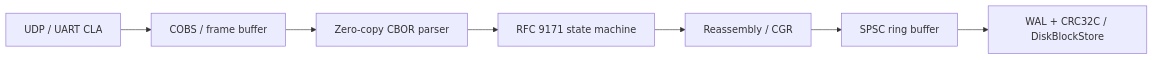
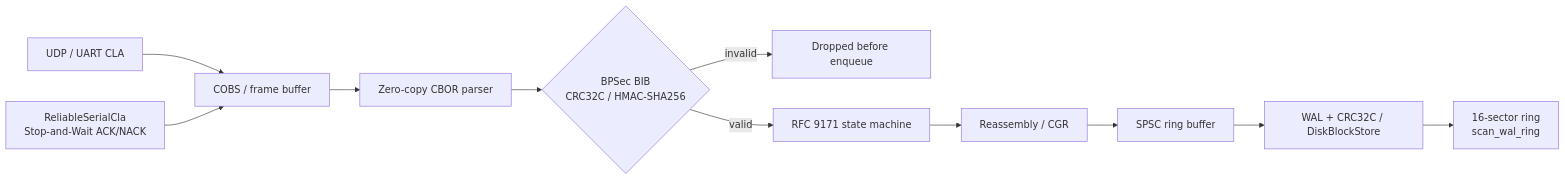
The second of 2 diagrams in README.md (srwangcr/dtn-core), drawn with Mermaid before and after one commit. The commit also changed other lines of this file and 12 other files, not shown here.

First line of the commit message:
feat(bpsec,cla,wal): BIB RFC 9172, ARQ Stop-and-Wait y WAL circular de 16 sectores

````diff
--- a/README.md
+++ b/README.md
@@ -198,9 +220,13 @@
 ```mermaid
 flowchart LR
     UDP[UDP / UART CLA] --> F[COBS / frame buffer]
+    ARQ[ReliableSerialCla<br/>Stop-and-Wait ACK/NACK] --> F
     F --> CBOR[Zero-copy CBOR parser]
-    CBOR --> SM[RFC 9171 state machine]
+    CBOR --> BIB{BPSec BIB<br/>CRC32C / HMAC-SHA256}
+    BIB -->|invalid| DROP[Dropped before enqueue]
+    BIB -->|valid| SM[RFC 9171 state machine]
     SM --> R[Reassembly / CGR]
     R --> Q[SPSC ring buffer]
     Q --> WAL[WAL + CRC32C / DiskBlockStore]
+    WAL --> RING[16-sector ring<br/>scan_wal_ring]
 ```
````
